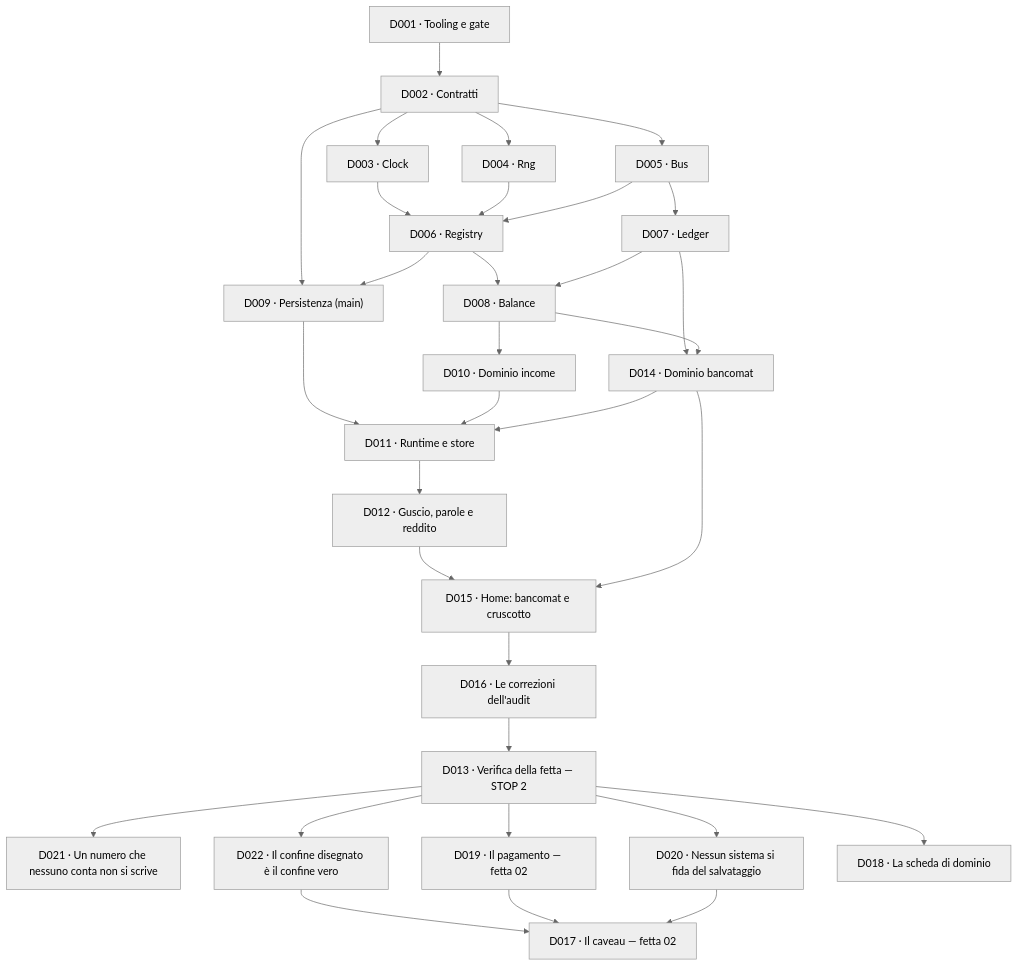
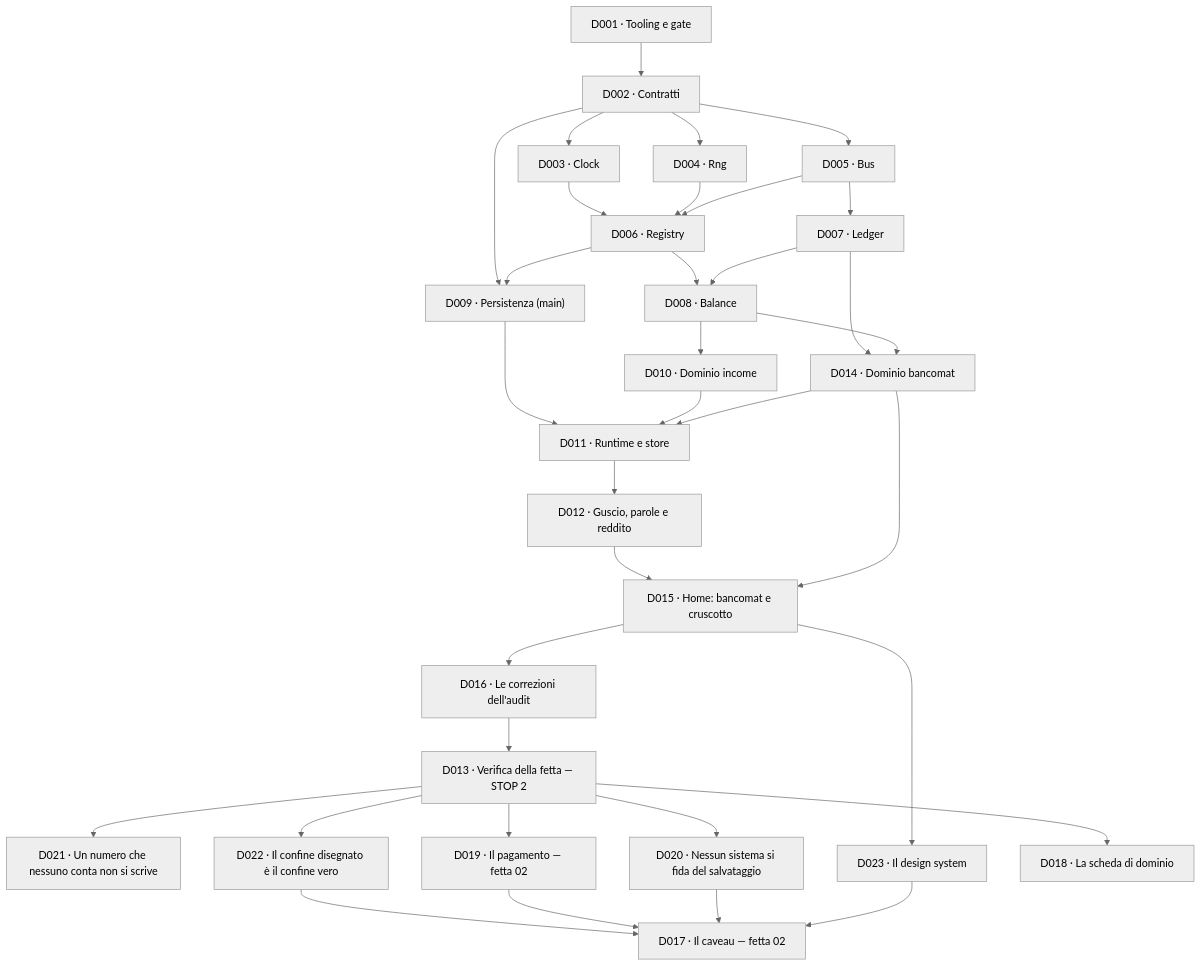
The diagram in docs/delega/README.md (devfrx/solvent), drawn with Mermaid (neutral theme) before and after one commit. The commit also changed other lines of this file and 10 other files, not shown here.

````diff
--- a/docs/delega/README.md
+++ b/docs/delega/README.md
@@ -67,34 +67,36 @@
 ```mermaid
 flowchart TD
   D001["D001 · Tooling e gate"] --> D002["D002 · Contratti"]
   D002 --> D003["D003 · Clock"]
   D002 --> D004["D004 · Rng"]
   D002 --> D005["D005 · Bus"]
   D003 --> D006["D006 · Registry"]
   D004 --> D006
   D005 --> D006
   D005 --> D007["D007 · Ledger"]
   D006 --> D008["D008 · Balance"]
   D007 --> D008
   D002 --> D009["D009 · Persistenza (main)"]
   D006 --> D009
   D008 --> D010["D010 · Dominio income"]
   D007 --> D014["D014 · Dominio bancomat"]
   D008 --> D014
   D009 --> D011["D011 · Runtime e store"]
   D010 --> D011
   D014 --> D011
   D011 --> D012["D012 · Guscio, parole e reddito"]
   D012 --> D015["D015 · Home: bancomat e cruscotto"]
   D014 --> D015
   D015 --> D016["D016 · Le correzioni dell'audit"]
   D016 --> D013["D013 · Verifica della fetta — STOP 2"]
   D013 --> D021["D021 · Un numero che nessuno conta non si scrive"]
   D013 --> D022["D022 · Il confine disegnato è il confine vero"]
   D022 --> D017
   D013 --> D019["D019 · Il pagamento — fetta 02"]
   D013 --> D020["D020 · Nessun sistema si fida del salvataggio"]
+  D015 --> D023["D023 · Il design system"]
   D019 --> D017["D017 · Il caveau — fetta 02"]
   D020 --> D017
+  D023 --> D017
   D013 --> D018["D018 · La scheda di dominio"]
 ```
````
